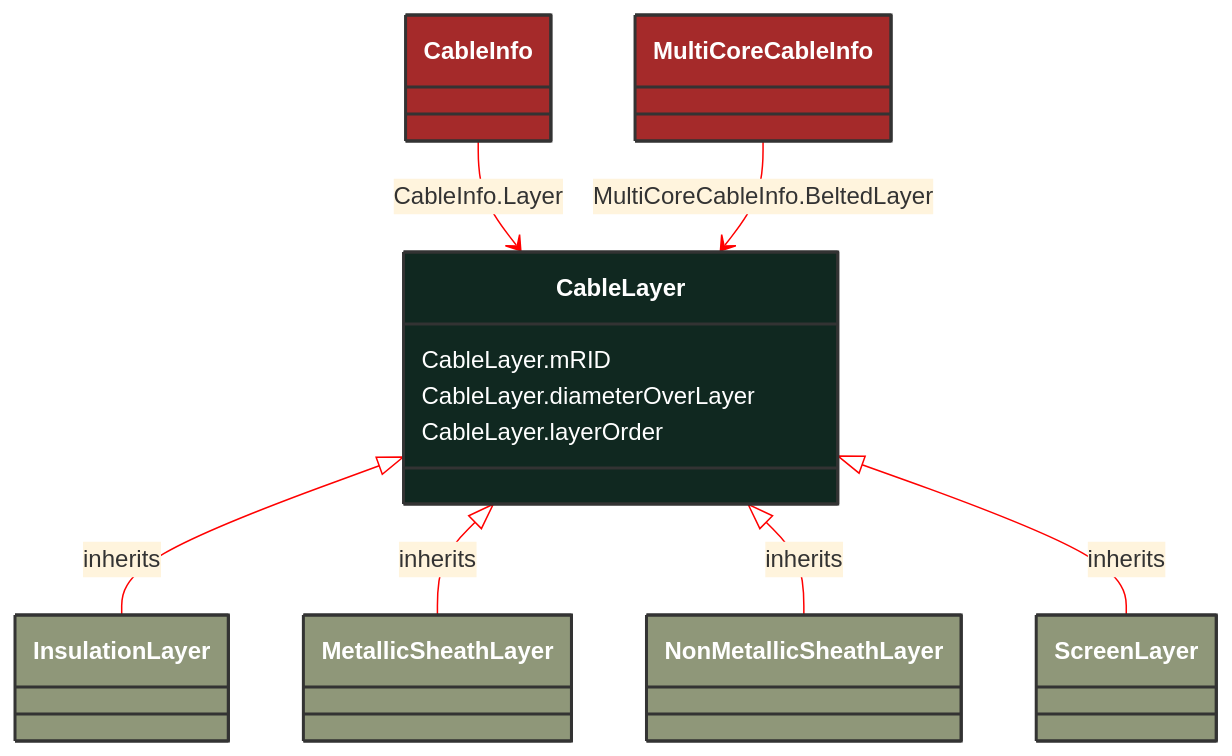
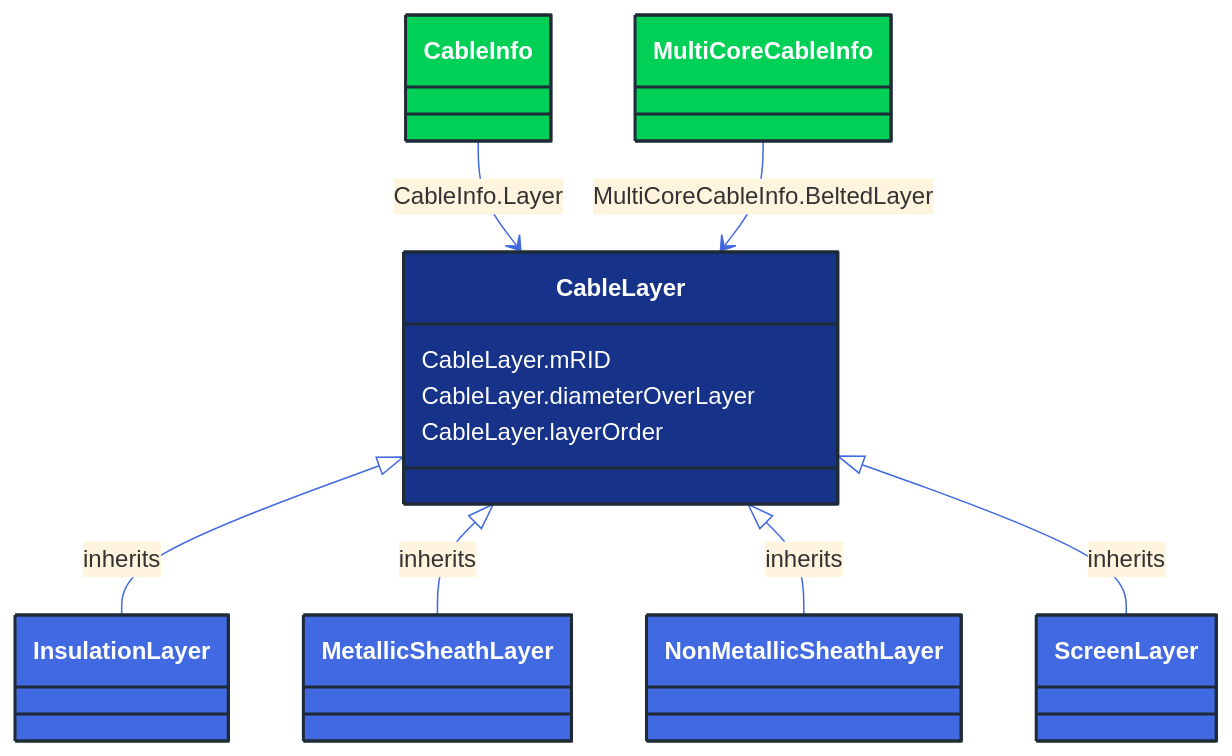
Before and after one commit to 3lbits/NoCIMExtensions: the diagram in docs/Models/Profiles/SubseaCableInfo/AbstractClasses/CableLayer.md, drawn with Mermaid. The commit also changed 362 other files, not shown here.

First line of the commit message:
Update diagrams and styles for improved visual consistency

````diff
--- a/docs/Models/Profiles/SubseaCableInfo/AbstractClasses/CableLayer.md
+++ b/docs/Models/Profiles/SubseaCableInfo/AbstractClasses/CableLayer.md
@@ -10,49 +10,49 @@
 ```mermaid
-%%{init: {'theme':'base','themeVariables': {'lineColor': '#FF0000'}}}%%
+%%{init: {'theme':'base','themeVariables': {'lineColor': '#4169E1'}}}%%
 classDiagram
     class CableLayer
     click CableLayer href "/Models/Profiles/SubseaCableInfo/AbstractClasses/CableLayer/"
-    style CableLayer fill:#102820,stroke:#333,stroke-width:2px,rx:10,ry:10,color:white
+    style CableLayer fill:#163289,stroke:#1F2A37,stroke-width:2px,rx:10,ry:10,color:white
 
         CableLayer <|-- InsulationLayer : inherits
 
         InsulationLayer
             click InsulationLayer href "/Models/Profiles/SubseaCableInfo/ConcreteClasses/InsulationLayer/"
-            style InsulationLayer fill:#8F9779,stroke:#333,stroke-width:2px,rx:10,ry:10,color:white
+            style InsulationLayer fill:#4169E1,stroke:#1F2A37,stroke-width:2px,rx:10,ry:10,color:white
 
         CableLayer <|-- MetallicSheathLayer : inherits
 
         MetallicSheathLayer
             click MetallicSheathLayer href "/Models/Profiles/SubseaCableInfo/ConcreteClasses/MetallicSheathLayer/"
-            style MetallicSheathLayer fill:#8F9779,stroke:#333,stroke-width:2px,rx:10,ry:10,color:white
+            style MetallicSheathLayer fill:#4169E1,stroke:#1F2A37,stroke-width:2px,rx:10,ry:10,color:white
 
         CableLayer <|-- NonMetallicSheathLayer : inherits
 
         NonMetallicSheathLayer
             click NonMetallicSheathLayer href "/Models/Profiles/SubseaCableInfo/ConcreteClasses/NonMetallicSheathLayer/"
-            style NonMetallicSheathLayer fill:#8F9779,stroke:#333,stroke-width:2px,rx:10,ry:10,color:white
+            style NonMetallicSheathLayer fill:#4169E1,stroke:#1F2A37,stroke-width:2px,rx:10,ry:10,color:white
 
         CableLayer <|-- ScreenLayer : inherits
 
         ScreenLayer
             click ScreenLayer href "/Models/Profiles/SubseaCableInfo/ConcreteClasses/ScreenLayer/"
-            style ScreenLayer fill:#8F9779,stroke:#333,stroke-width:2px,rx:10,ry:10,color:white
+            style ScreenLayer fill:#4169E1,stroke:#1F2A37,stroke-width:2px,rx:10,ry:10,color:white
 
 
         CableInfo --> CableLayer : CableInfo.Layer
 
         CableInfo
             click CableInfo href "/Models/Profiles/SubseaCableInfo/ConcreteClasses/CableInfo/"
-            style CableInfo fill:#A52A2A,stroke:#333,stroke-width:2px,rx:10,ry:10,color:white
+            style CableInfo fill:#00D156,stroke:#1F2A37,stroke-width:2px,rx:10,ry:10,color:white
 
         MultiCoreCableInfo --> CableLayer : MultiCoreCableInfo.BeltedLayer
 
         MultiCoreCableInfo
             click MultiCoreCableInfo href "/Models/Profiles/SubseaCableInfo/ConcreteClasses/MultiCoreCableInfo/"
-            style MultiCoreCableInfo fill:#A52A2A,stroke:#333,stroke-width:2px,rx:10,ry:10,color:white
+            style MultiCoreCableInfo fill:#00D156,stroke:#1F2A37,stroke-width:2px,rx:10,ry:10,color:white
 
 
         CableLayer : CableLayer.mRID
         CableLayer : CableLayer.diameterOverLayer
         CableLayer : CableLayer.layerOrder
 ```
````
